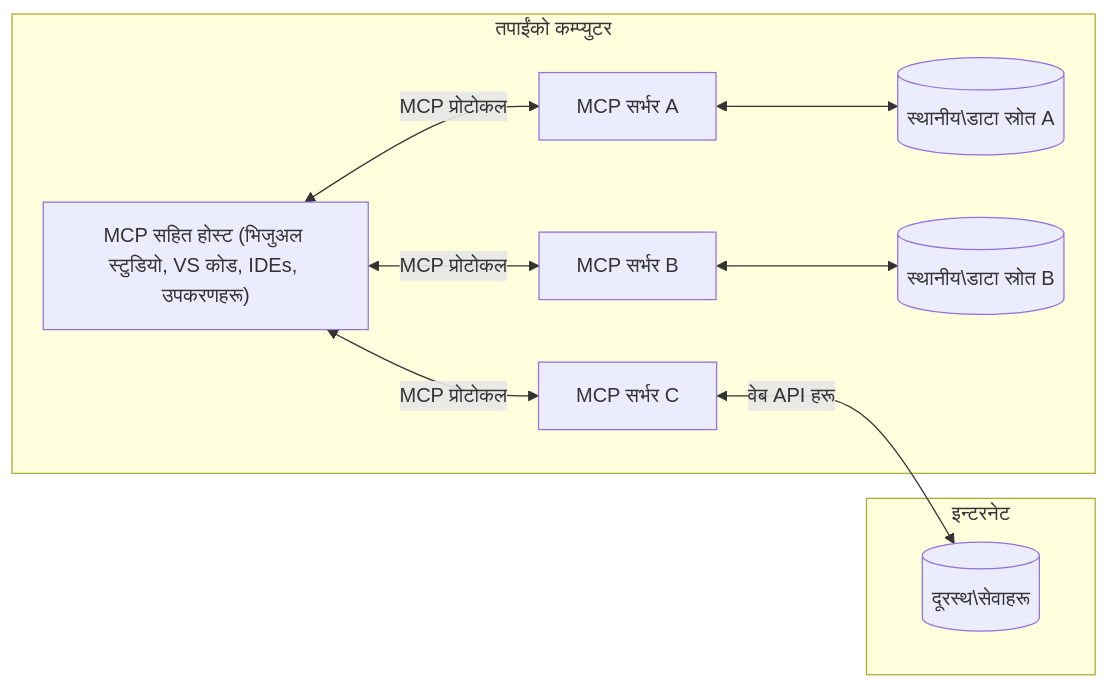
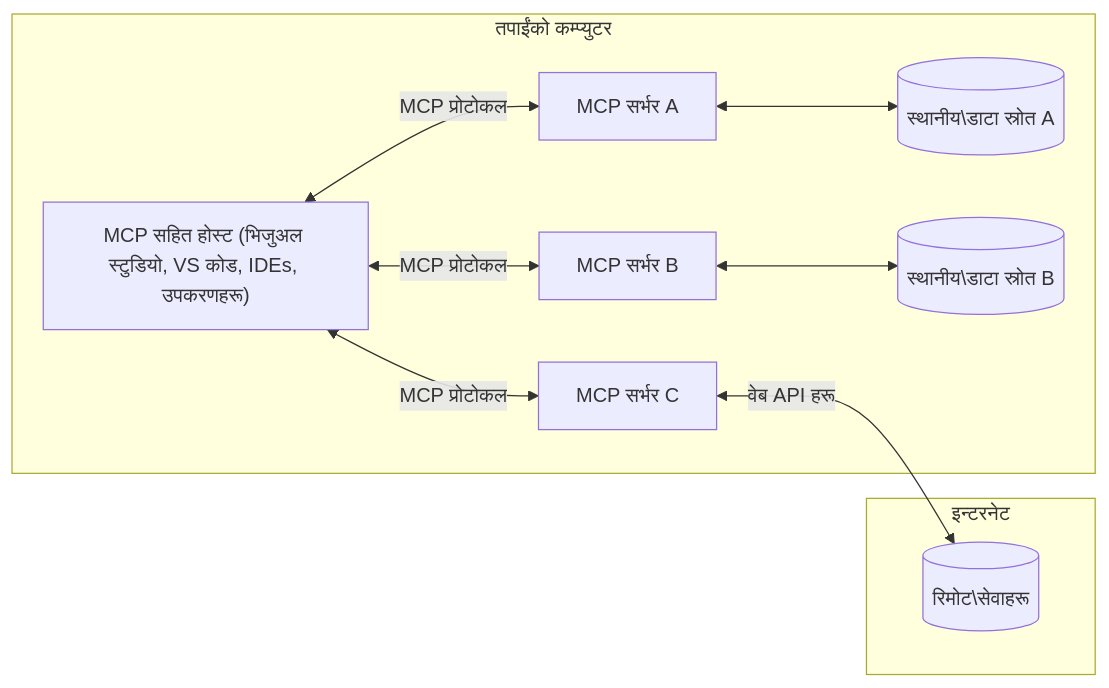
The diagram in translations/ne/01-CoreConcepts/README.md (Mu-L/mcp-for-beginners), drawn with Mermaid before and after one commit. The commit also changed other lines of this file and 110 other files, not shown here.

````diff
--- a/translations/ne/01-CoreConcepts/README.md
+++ b/translations/ne/01-CoreConcepts/README.md
@@ -45,17 +45,17 @@
 ```mermaid
 flowchart LR
     subgraph "तपाईंको कम्प्युटर"
         Host["MCP सहित होस्ट (भिजुअल स्टुडियो, VS कोड, IDEs, उपकरणहरू)"]
         S1["MCP सर्भर A"]
         S2["MCP सर्भर B"]
         S3["MCP सर्भर C"]
         Host <-->|"MCP प्रोटोकल"| S1
         Host <-->|"MCP प्रोटोकल"| S2
         Host <-->|"MCP प्रोटोकल"| S3
         S1 <--> D1[("स्थानीय\डाटा स्रोत A")]
         S2 <--> D2[("स्थानीय\डाटा स्रोत B")]
     end
     subgraph "इन्टरनेट"
-        S3 <-->|"वेब API हरू"| D3[("दूरस्थ\सेवाहरू")]
+        S3 <-->|"वेब API हरू"| D3[("रिमोट\सेवाहरू")]
     end
 ```
````
